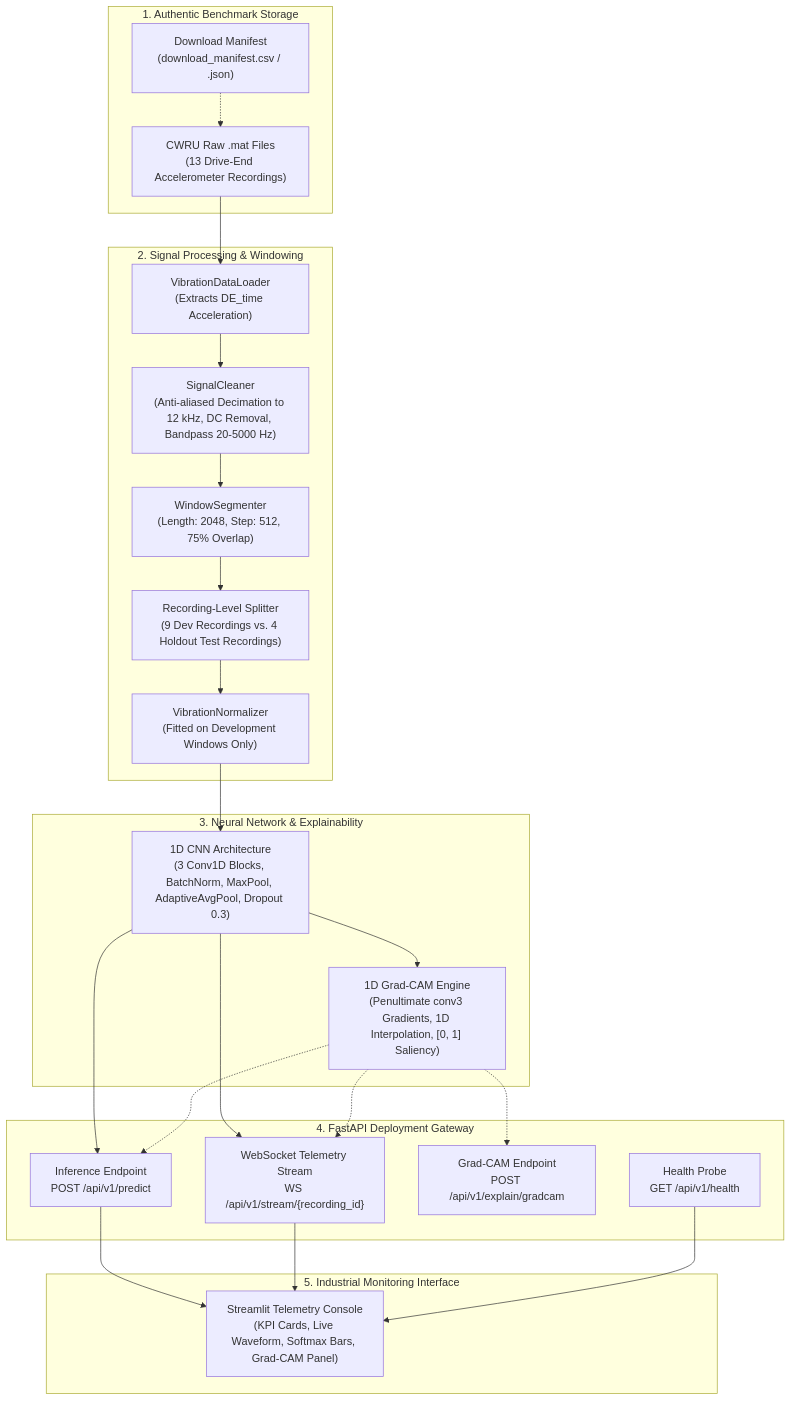
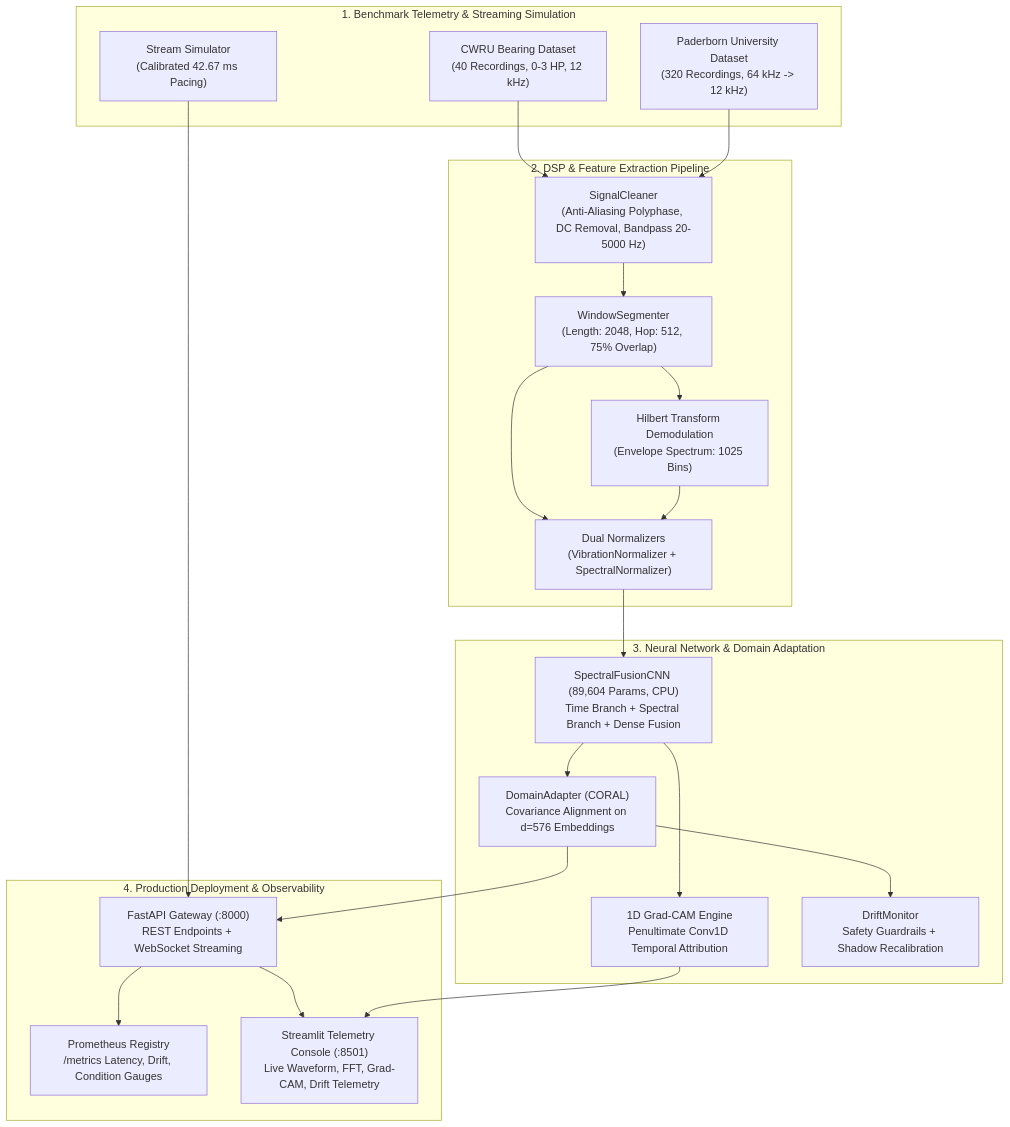
Before and after one commit to naveen-7-raj/InspectAI: the diagram in README.md, drawn with Mermaid. The commit also changed other lines of this file and 132 other files, not shown here.

````diff
--- a/README.md
+++ b/README.md
@@ -39,48 +53,44 @@
 ```mermaid
 flowchart TD
-    subgraph DataLayer["1. Authentic Benchmark Storage"]
-        Raw["CWRU Raw .mat Files<br>(13 Drive-End Accelerometer Recordings)"]
-        Manifest["Download Manifest<br>(download_manifest.csv / .json)"]
+    subgraph DataLayer ["1. Benchmark Telemetry & Streaming Simulation"]
+        CWRU["CWRU Bearing Dataset<br>(40 Recordings, 0-3 HP, 12 kHz)"]
+        PU["Paderborn University Dataset<br>(320 Recordings, 64 kHz -> 12 kHz)"]
+        Sim["Stream Simulator<br>(Calibrated 42.67 ms Pacing)"]
     end
 
-    subgraph PreprocessingLayer["2. Signal Processing & Windowing"]
-        Ingest["VibrationDataLoader<br>(Extracts DE_time Acceleration)"]
-        Cleaner["SignalCleaner<br>(Anti-aliased Decimation to 12 kHz, DC Removal, Bandpass 20-5000 Hz)"]
-        Windowing["WindowSegmenter<br>(Length: 2048, Step: 512, 75% Overlap)"]
-        Splitter["Recording-Level Splitter<br>(9 Dev Recordings vs. 4 Holdout Test Recordings)"]
-        Normalizer["VibrationNormalizer<br>(Fitted on Development Windows Only)"]
+    subgraph PreprocessingLayer ["2. DSP & Feature Extraction Pipeline"]
+        DSP["SignalCleaner<br>(Anti-Aliasing Polyphase, DC Removal, Bandpass 20-5000 Hz)"]
+        Win["WindowSegmenter<br>(Length: 2048, Hop: 512, 75% Overlap)"]
+        Hilbert["Hilbert Transform Demodulation<br>(Envelope Spectrum: 1025 Bins)"]
+        Norm["Dual Normalizers<br>(VibrationNormalizer + SpectralNormalizer)"]
     end
 
-    subgraph ModelingLayer["3. Neural Network & Explainability"]
-        CNN["1D CNN Architecture<br>(3 Conv1D Blocks, BatchNorm, MaxPool, AdaptiveAvgPool, Dropout 0.3)"]
-        GradCAM["1D Grad-CAM Engine<br>(Penultimate conv3 Gradients, 1D Interpolation, [0, 1] Saliency)"]
+    subgraph InferenceLayer ["3. Neural Network & Domain Adaptation"]
+        CNN["SpectralFusionCNN (89,604 Params, CPU)<br>Time Branch + Spectral Branch + Dense Fusion"]
+        CORAL["DomainAdapter (CORAL)<br>Covariance Alignment on d=576 Embeddings"]
+        XAI["1D Grad-CAM Engine<br>Penultimate Conv1D Temporal Attribution"]
+        Drift["DriftMonitor<br>Safety Guardrails + Shadow Recalibration"]
     end
 
-    subgraph ServiceLayer["4. FastAPI Deployment Gateway"]
-        HealthEndpoint["Health Probe<br>GET /api/v1/health"]
-        RESTPredict["Inference Endpoint<br>POST /api/v1/predict"]
-        RESTExplain["Grad-CAM Endpoint<br>POST /api/v1/explain/gradcam"]
-        WebSocketStream["WebSocket Telemetry Stream<br>WS /api/v1/stream/{recording_id}"]
+    subgraph ServiceLayer ["4. Production Deployment & Observability"]
+        FastAPI["FastAPI Gateway (:8000)<br>REST Endpoints + WebSocket Streaming"]
+        Prom["Prometheus Registry<br>/metrics Latency, Drift, Condition Gauges"]
+        Dashboard["Streamlit Telemetry Console (:8501)<br>Live Waveform, FFT, Grad-CAM, Drift Telemetry"]
     end
 
-    subgraph PresentationLayer["5. Industrial Monitoring Interface"]
-        Dashboard["Streamlit Telemetry Console<br>(KPI Cards, Live Waveform, Softmax Bars, Grad-CAM Panel)"]
-    end
-
-    Raw --> Ingest
-    Manifest -.-> Raw
-    Ingest --> Cleaner
-    Cleaner --> Windowing
-    Windowing --> Splitter
-    Splitter --> Normalizer
-    Normalizer --> CNN
-    CNN --> GradCAM
-    CNN --> RESTPredict
-    CNN --> WebSocketStream
-    GradCAM -.-> RESTPredict
-    GradCAM -.-> RESTExplain
-    GradCAM -.-> WebSocketStream
-    RESTPredict --> Dashboard
-    WebSocketStream --> Dashboard
-    HealthEndpoint --> Dashboard
+    CWRU --> DSP
+    PU --> DSP
+    DSP --> Win
+    Win --> Hilbert
+    Win --> Norm
+    Hilbert --> Norm
+    Norm --> CNN
+    CNN --> CORAL
+    CORAL --> Drift
+    CNN --> XAI
+    Sim --> FastAPI
+    CORAL --> FastAPI
+    FastAPI --> Prom
+    FastAPI --> Dashboard
+    XAI --> Dashboard
 ```
````
